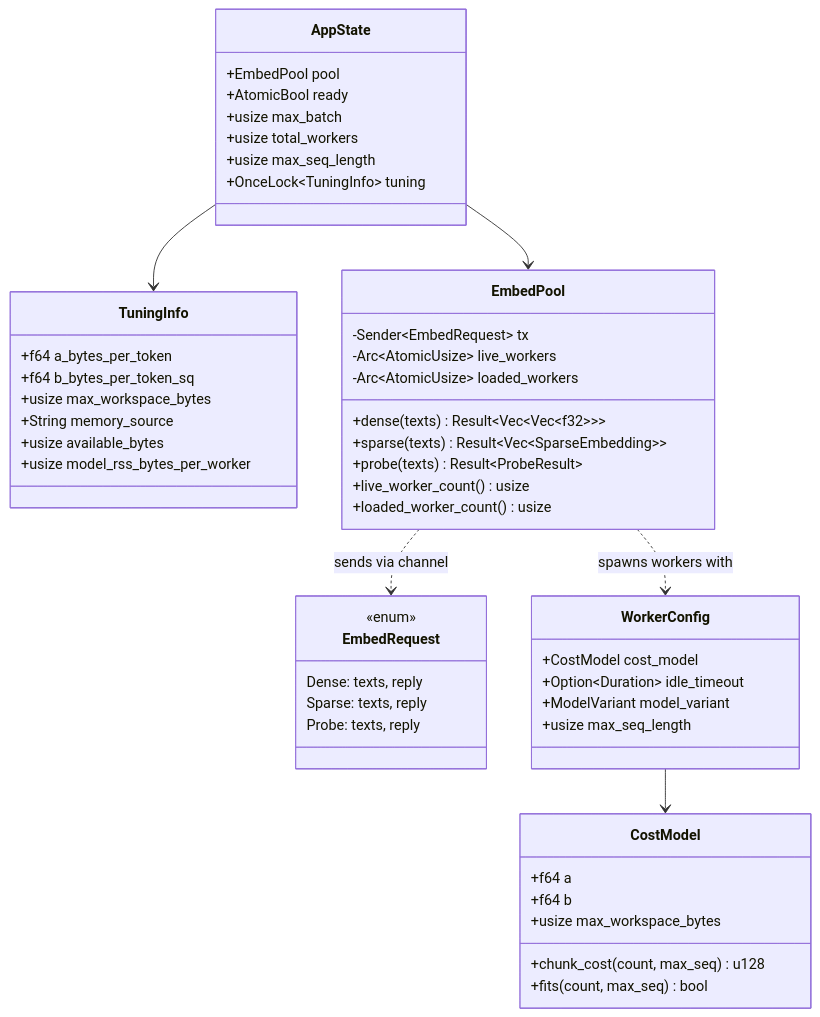
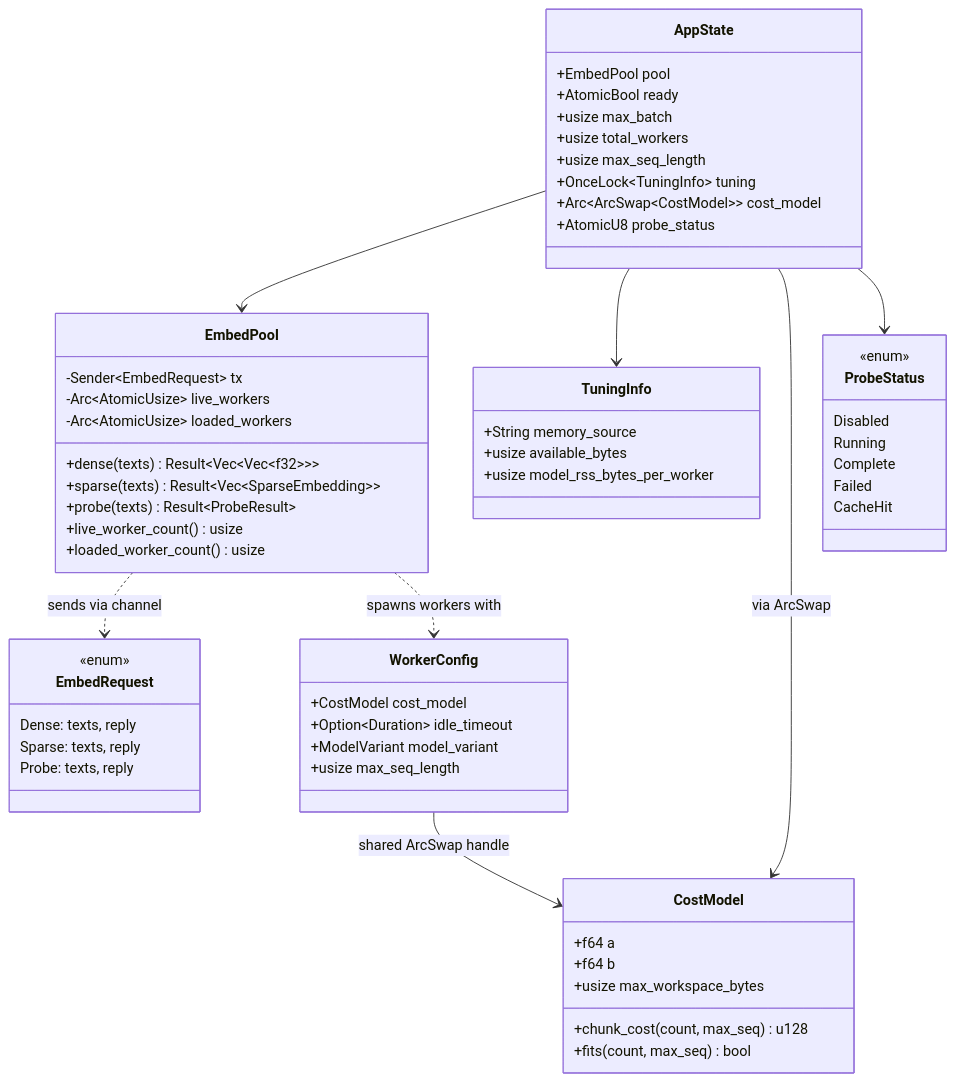
The third of 5 diagrams in docs/architecture.md (Fulton-Engineering-Services/bge-m3-embedding-server), drawn with Mermaid before and after one commit. The commit also changed other lines of this file and 4 other files, not shown here.

First line of the commit message:
docs: enhance startup probe documentation and clarify cost model implementation

````diff
--- a/docs/architecture.md
+++ b/docs/architecture.md
@@ -99,59 +99,69 @@
 ```mermaid
 classDiagram
     class AppState {
         +EmbedPool pool
         +AtomicBool ready
         +usize max_batch
         +usize total_workers
         +usize max_seq_length
         +OnceLock~TuningInfo~ tuning
+        +Arc~ArcSwap~CostModel~~ cost_model
+        +AtomicU8 probe_status
     }
 
     class TuningInfo {
-        +f64 a_bytes_per_token
-        +f64 b_bytes_per_token_sq
-        +usize max_workspace_bytes
         +String memory_source
         +usize available_bytes
         +usize model_rss_bytes_per_worker
+    }
+
+    class ProbeStatus {
+        <<enum>>
+        Disabled
+        Running
+        Complete
+        Failed
+        CacheHit
     }
 
     class EmbedPool {
         -Sender~EmbedRequest~ tx
         -Arc~AtomicUsize~ live_workers
         -Arc~AtomicUsize~ loaded_workers
         +dense(texts) Result~Vec~Vec~f32~~~
         +sparse(texts) Result~Vec~SparseEmbedding~~
         +probe(texts) Result~ProbeResult~
         +live_worker_count() usize
         +loaded_worker_count() usize
     }
 
     class EmbedRequest {
         <<enum>>
         Dense: texts, reply
         Sparse: texts, reply
         Probe: texts, reply
     }
 
     class WorkerConfig {
         +CostModel cost_model
         +Option~Duration~ idle_timeout
         +ModelVariant model_variant
         +usize max_seq_length
     }
 
     class CostModel {
         +f64 a
         +f64 b
         +usize max_workspace_bytes
         +chunk_cost(count, max_seq) u128
         +fits(count, max_seq) bool
     }
 
     AppState --> EmbedPool
     AppState --> TuningInfo
+    AppState --> CostModel : via ArcSwap
+    AppState --> ProbeStatus
     EmbedPool ..> EmbedRequest : sends via channel
     EmbedPool ..> WorkerConfig : spawns workers with
-    WorkerConfig --> CostModel
+    WorkerConfig --> CostModel : shared ArcSwap handle
 ```
````
